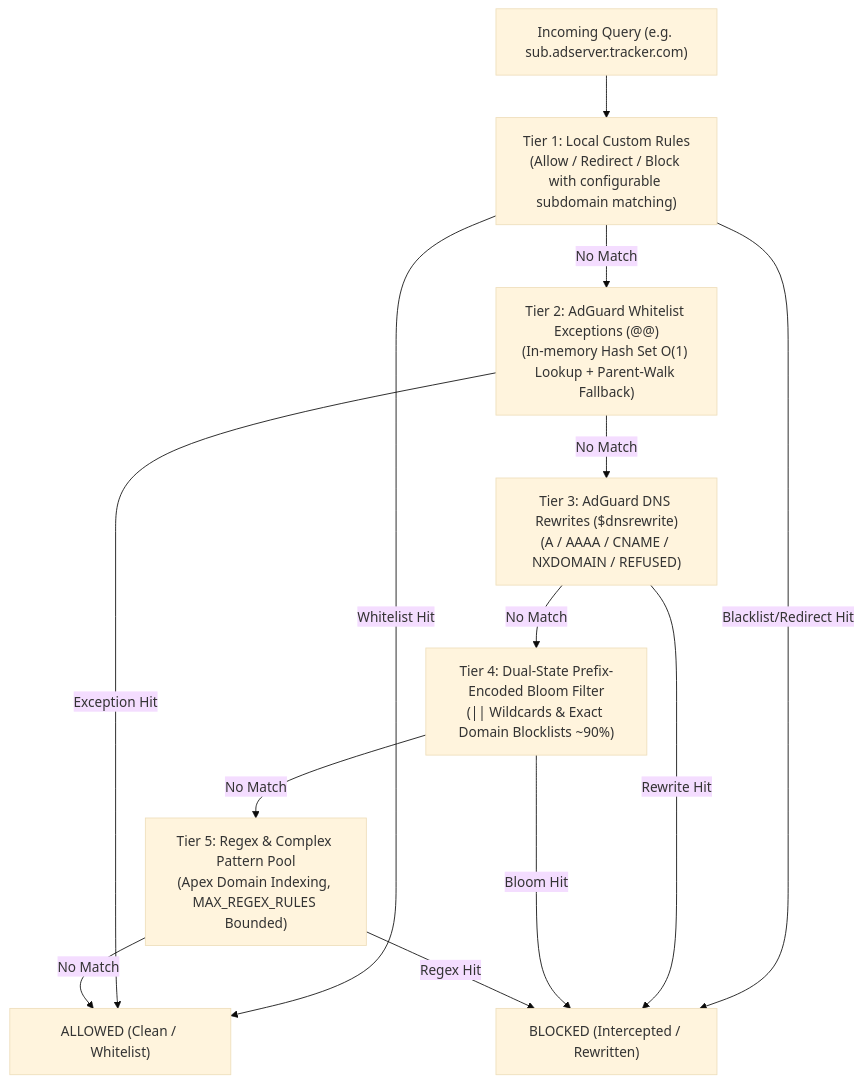
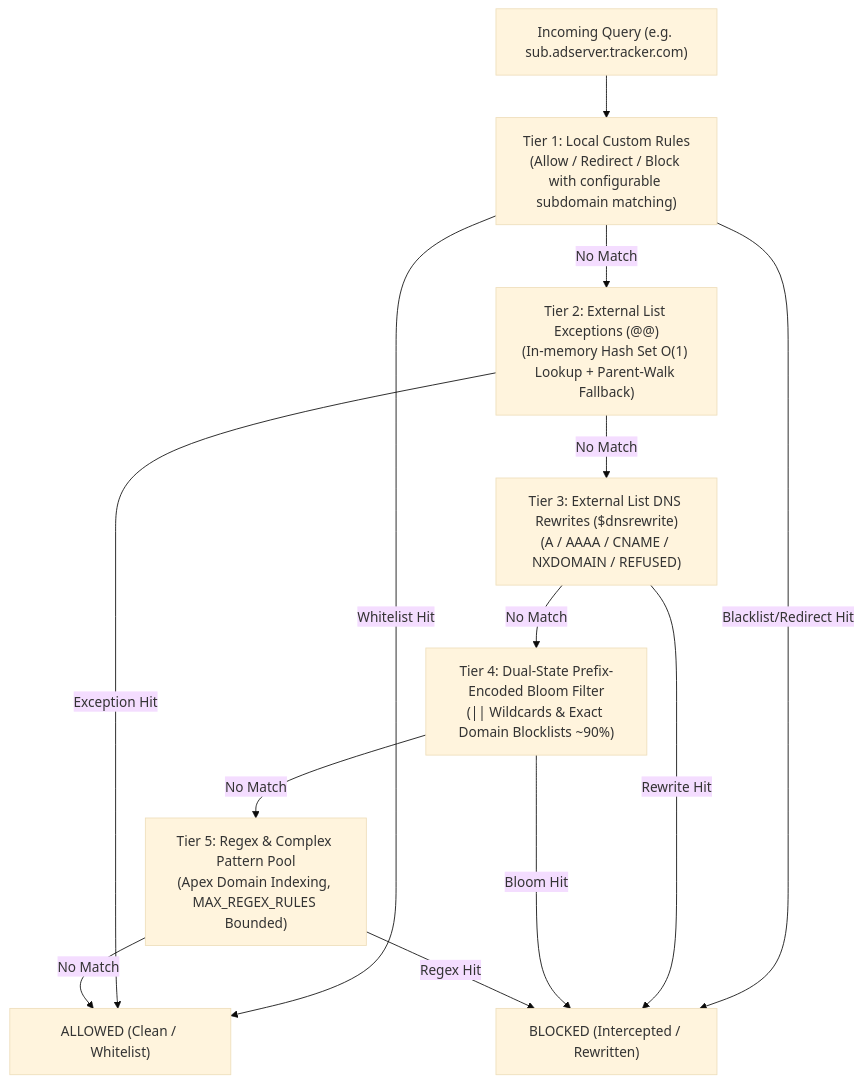
One commit to Obein/DNS-Worker changed the diagram in docs/src/content/docs/filtering/rules.mdx. Above: the diagram before and after it, drawn with Mermaid (base theme). The commit also changed other lines of this file and 17 other files, not shown here.

Commit message:
refactor: update terminology from 'AdGuard' to 'External List' in documentation and code

````diff
--- a/docs/src/content/docs/filtering/rules.mdx
+++ b/docs/src/content/docs/filtering/rules.mdx
@@ -104,28 +104,28 @@
 ```mermaid
 flowchart TD
     REQ["Incoming Query (e.g. sub.adserver.tracker.com)"]
     L1["Tier 1: Local Custom Rules<br/>(Allow / Redirect / Block with configurable subdomain matching)"]
-    L2["Tier 2: AdGuard Whitelist Exceptions (@@)<br/>(In-memory Hash Set O(1) Lookup + Parent-Walk Fallback)"]
-    L3["Tier 3: AdGuard DNS Rewrites ($dnsrewrite)<br/>(A / AAAA / CNAME / NXDOMAIN / REFUSED)"]
+    L2["Tier 2: External List Exceptions (@@)<br/>(In-memory Hash Set O(1) Lookup + Parent-Walk Fallback)"]
+    L3["Tier 3: External List DNS Rewrites ($dnsrewrite)<br/>(A / AAAA / CNAME / NXDOMAIN / REFUSED)"]
     L4["Tier 4: Dual-State Prefix-Encoded Bloom Filter<br/>(|| Wildcards & Exact Domain Blocklists ~90%)"]
     L5["Tier 5: Regex & Complex Pattern Pool<br/>(Apex Domain Indexing, MAX_REGEX_RULES Bounded)"]
     PASS["ALLOWED (Clean / Whitelist)"]
     BLOCK["BLOCKED (Intercepted / Rewritten)"]
 
     REQ --> L1
     L1 -->|Whitelist Hit| PASS
     L1 -->|Blacklist/Redirect Hit| BLOCK
     L1 -->|No Match| L2
 
     L2 -->|Exception Hit| PASS
     L2 -->|No Match| L3
 
     L3 -->|Rewrite Hit| BLOCK
     L3 -->|No Match| L4
 
     L4 -->|Bloom Hit| BLOCK
     L4 -->|No Match| L5
 
     L5 -->|Regex Hit| BLOCK
     L5 -->|No Match| PASS
 ```
````
